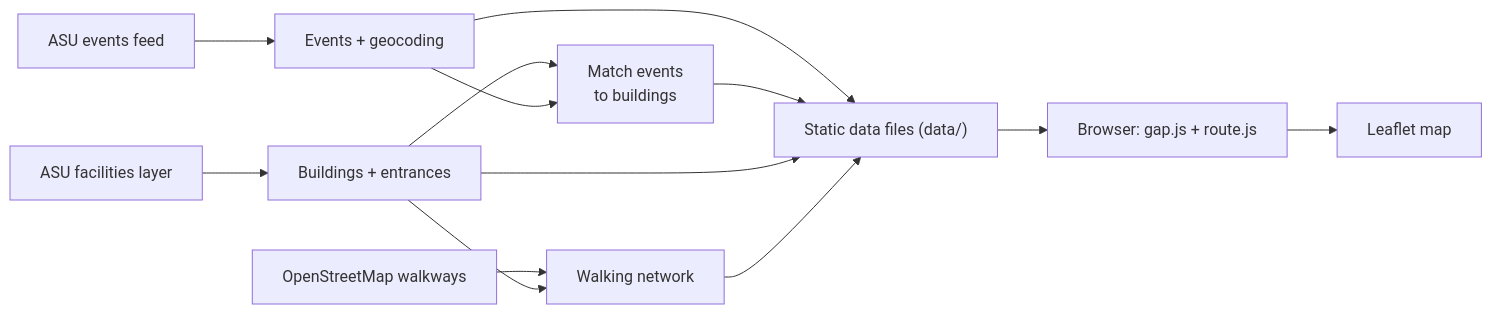
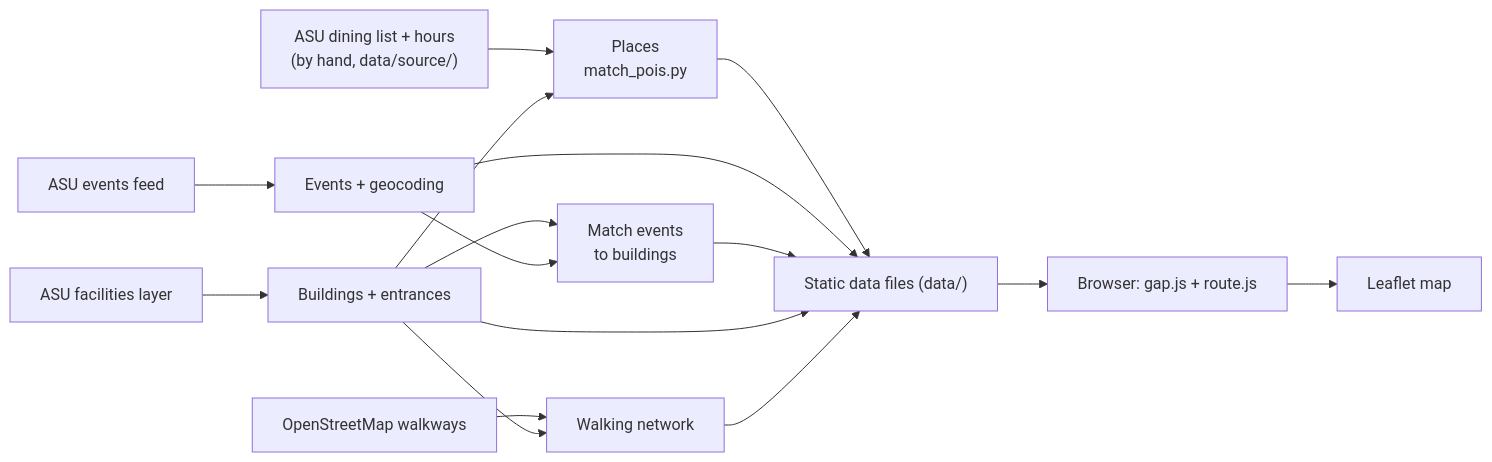
Before and after one commit to yiwenmo/ASU_gap_map: the diagram in docs/architecture.md, drawn with Mermaid. The commit also changed other lines of this file and 6 other files, not shown here.

````diff
--- a/docs/architecture.md
+++ b/docs/architecture.md
@@ -5,18 +5,21 @@
 ```mermaid
 flowchart LR
     A["ASU events feed"] --> B["Events + geocoding"]
     C["ASU facilities layer"] --> D["Buildings + entrances"]
     E["OpenStreetMap walkways"] --> F["Walking network"]
+    K["ASU dining list + hours<br/>(by hand, data/source/)"] --> L["Places<br/>match_pois.py"]
+    D --> L
+    L --> H
 
     D --> F
     D --> G["Match events<br/>to buildings"]
     B --> G
 
     B --> H["Static data files (data/)"]
     G --> H
     D --> H
     F --> H
 
     H --> I["Browser: gap.js + route.js"]
     I --> J["Leaflet map"]
 ```
````
